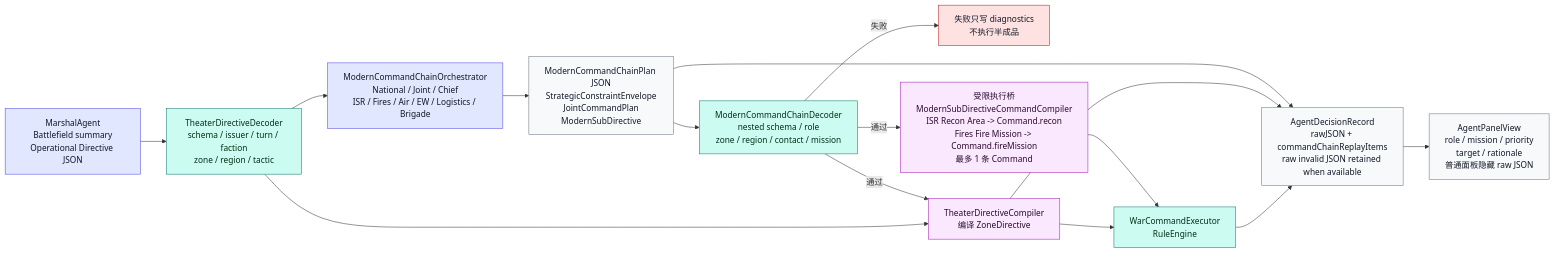
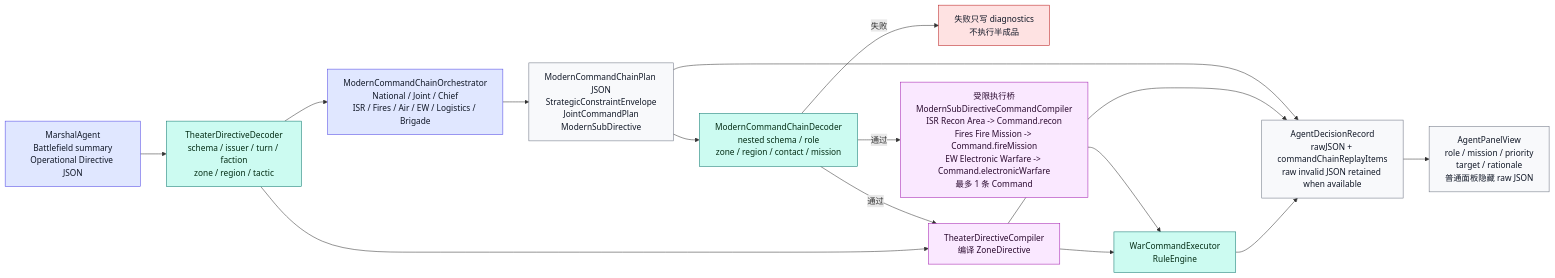
Before and after one commit to Altman-sam114/127: the eighth of 20 diagrams in md/flow/flowchart.md, drawn with Mermaid. The commit also changed other lines of this file and 8 other files, not shown here.

````diff
--- a/md/flow/flowchart.md
+++ b/md/flow/flowchart.md
@@ -232,31 +232,31 @@
 ```mermaid
 flowchart LR
     MARSHAL["MarshalAgent<br/>Battlefield summary<br/>Operational Directive JSON"]:::agent
     TDEC["TheaterDirectiveDecoder<br/>schema / issuer / turn / faction<br/>zone / region / tactic"]:::rules
     ORCH["ModernCommandChainOrchestrator<br/>National / Joint / Chief<br/>ISR / Fires / Air / EW / Logistics / Brigade"]:::agent
     CJSON["ModernCommandChainPlan JSON<br/>StrategicConstraintEnvelope<br/>JointCommandPlan<br/>ModernSubDirective"]:::data
     CDEC["ModernCommandChainDecoder<br/>nested schema / role<br/>zone / region / contact / mission"]:::rules
     FAIL["失败只写 diagnostics<br/>不执行半成品"]:::stop
-    ISR["受限执行桥<br/>ModernSubDirectiveCommandCompiler<br/>ISR Recon Area -> Command.recon<br/>Fires Fire Mission -> Command.fireMission<br/>最多 1 条 Command"]:::command
+    ISR["受限执行桥<br/>ModernSubDirectiveCommandCompiler<br/>ISR Recon Area -> Command.recon<br/>Fires Fire Mission -> Command.fireMission<br/>EW Electronic Warfare -> Command.electronicWarfare<br/>最多 1 条 Command"]:::command
     COMP["TheaterDirectiveCompiler<br/>编译 ZoneDirective"]:::command
     EXEC["WarCommandExecutor<br/>RuleEngine"]:::rules
     RECORD["AgentDecisionRecord<br/>rawJSON + commandChainReplayItems<br/>raw invalid JSON retained when available"]:::display
     PANEL["AgentPanelView<br/>role / mission / priority<br/>target / rationale<br/>普通面板隐藏 raw JSON"]:::display
 
     MARSHAL --> TDEC --> ORCH --> CJSON --> CDEC
     CDEC -->|通过| ISR --> EXEC
     CDEC -->|通过| COMP --> EXEC
     CDEC -->|失败| FAIL
     TDEC --> COMP
     CJSON --> RECORD
     COMP --> RECORD
     EXEC --> RECORD
     RECORD --> PANEL
 
     classDef agent fill:#e0e7ff,stroke:#4f46e5,color:#111827
     classDef data fill:#f8f9fb,stroke:#6b7280,color:#111827
     classDef rules fill:#ccfbf1,stroke:#0f766e,color:#052e16
     classDef command fill:#fae8ff,stroke:#a21caf,color:#2a0a2f
     classDef display fill:#f8f9fb,stroke:#6b7280,color:#111827
     classDef stop fill:#fee2e2,stroke:#b91c1c,color:#111827
 ```
````
